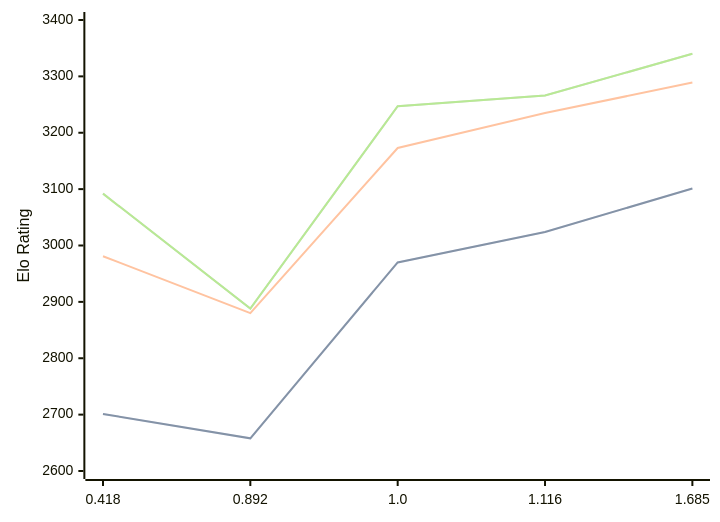
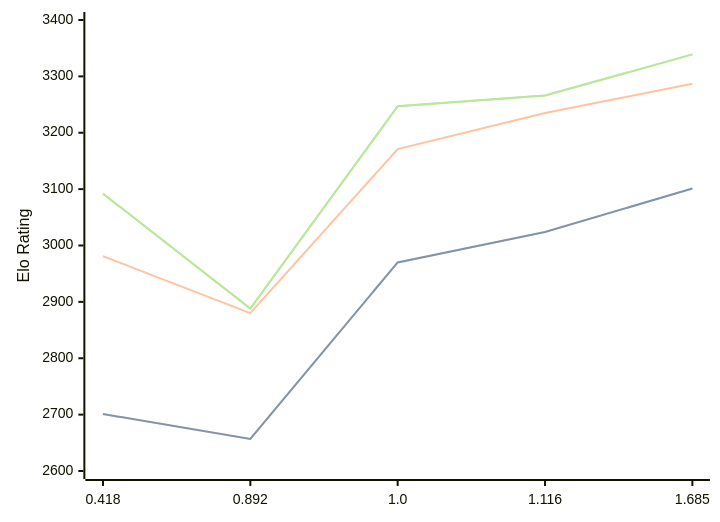
The diagram in engines/Malika.md (computer-chess-index/cci), drawn with Mermaid before and after one commit. The commit also changed other lines of this file, not shown here.

Commit message:
Update CCI Ratings (ELO VLTC) - 2026-07-27

````diff
--- a/engines/Malika.md
+++ b/engines/Malika.md
@@ -35,11 +35,11 @@
 ```mermaid
 %%{init: {"theme":"base","themeVariables":{"seriesColors:['#a3a3a3','#222221','#faa371']}}}%%
 xychart-beta
   x-axis ["0.418", "0.892", "1.0", "1.116", "1.685"]
   y-axis "Elo Rating" 2600 --> 3400
-  line "STC (8.0+0.08s)" [2701, 2658, 2970, 3024, 3101]
-  line "STC (8.0+0.08s)" [2701, 2658, 2970, 3024, 3101]
-  line "LTC (60.0+0.60s)" [2981, 2880, 3173, 3235, 3289]
-  line "VLTC (2m24s+1.12s)" [3092, 2888, 3247, 3266, 3340]
-  line "VLTC (2m24s+1.12s)" [3092, 2888, 3247, 3266, 3340]
+  line "STC (8.0+0.08s)" [2701, 2657, 2970, 3024, 3101]
+  line "STC (8.0+0.08s)" [2701, 2657, 2970, 3024, 3101]
+  line "LTC (60.0+0.60s)" [2981, 2880, 3171, 3235, 3287]
+  line "VLTC (2m24s+1.12s)" [3092, 2888, 3247, 3266, 3339]
+  line "VLTC (2m24s+1.12s)" [3092, 2888, 3247, 3266, 3339]
 ```
````
